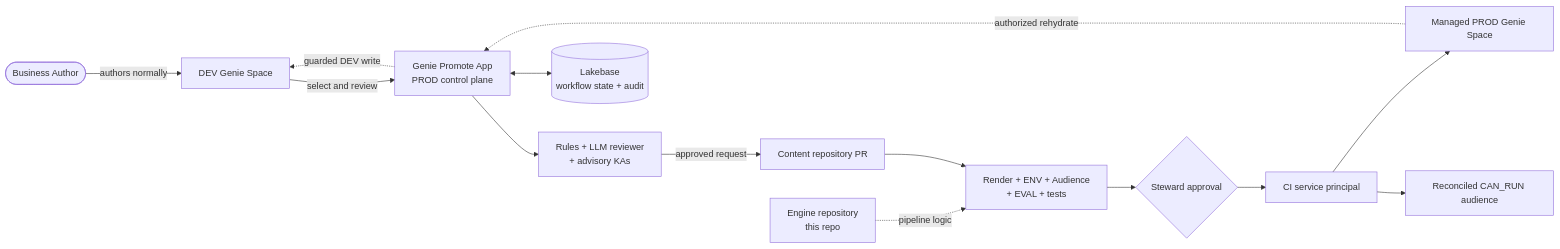
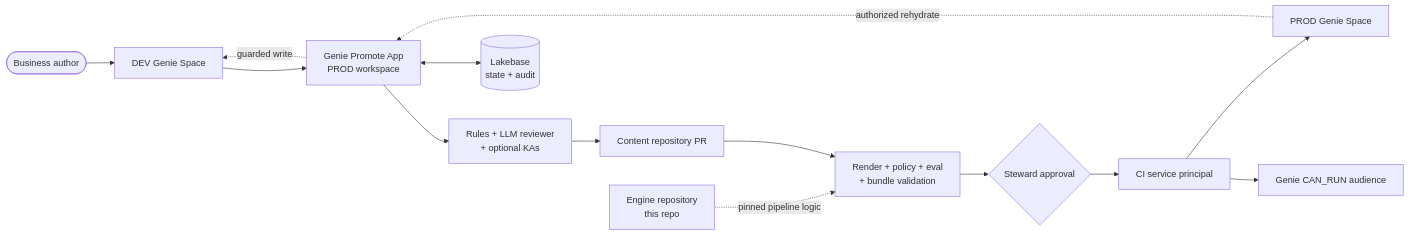
Before and after one commit to malcolndandaro/genie-promote-cicd: the diagram in README.md, drawn with Mermaid. The commit also changed other lines of this file and 3 other files, not shown here.

````diff
--- a/README.md
+++ b/README.md
@@ -32,16 +31,16 @@
 ```mermaid
 flowchart LR
-  author([Business Author]) -->|authors normally| dev[DEV Genie Space]
-  dev -->|select and review| app[Genie Promote App<br/>PROD control plane]
-  app --> review[Rules + LLM reviewer<br/>+ advisory KAs]
-  review -->|approved request| pr[Content repository PR]
-  engine[Engine repository<br/>this repo] -. pipeline logic .-> checks
-  pr --> checks[Render + ENV + Audience<br/>+ EVAL + tests]
-  checks --> steward{Steward approval}
-  steward --> deploy[CI service principal]
-  deploy --> prod[Managed PROD Genie Space]
-  deploy --> audience[Reconciled CAN_RUN audience]
-  app <--> lakebase[(Lakebase<br/>workflow state + audit)]
+  author([Business author]) --> dev[DEV Genie Space]
+  dev --> app[Genie Promote App<br/>PROD workspace]
+  app --> review[Rules + LLM reviewer<br/>+ optional KAs]
+  review --> pr[Content repository PR]
+  engine[Engine repository<br/>this repo] -. pinned pipeline logic .-> checks
+  pr --> checks[Render + policy + eval<br/>+ bundle validation]
+  checks --> approval{Steward approval}
+  approval --> deploy[CI service principal]
+  deploy --> prod[PROD Genie Space]
+  deploy --> audience[Genie CAN_RUN audience]
+  app <--> lakebase[(Lakebase<br/>state + audit)]
   prod -. authorized rehydrate .-> app
-  app -. guarded DEV write .-> dev
+  app -. guarded write .-> dev
 ```
````
